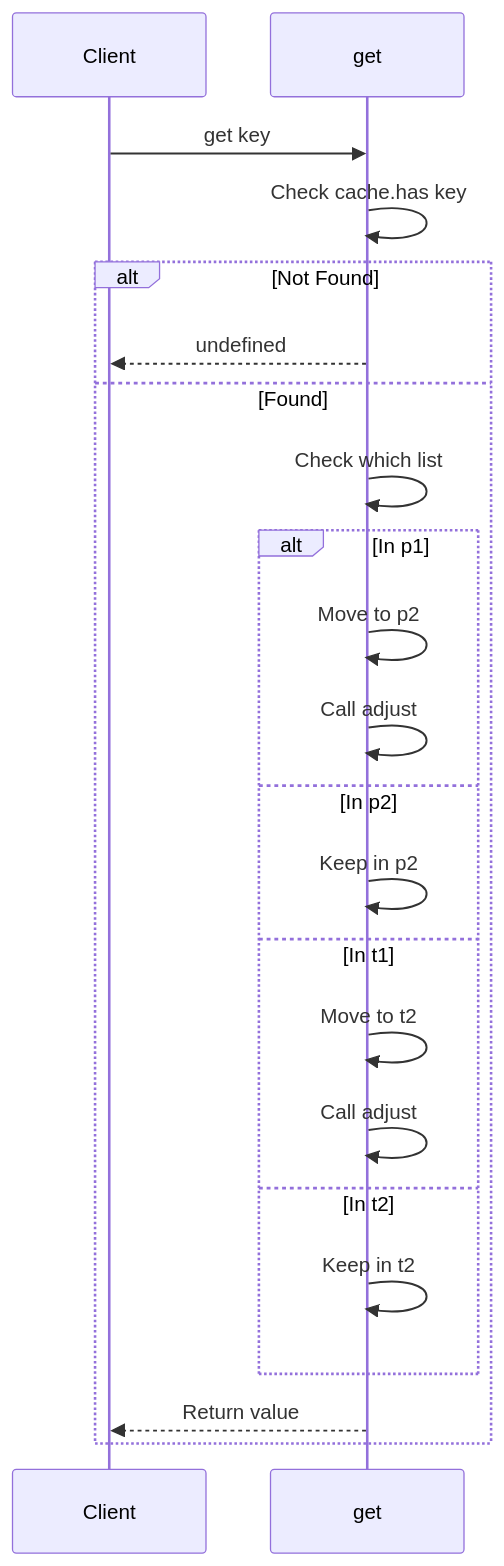
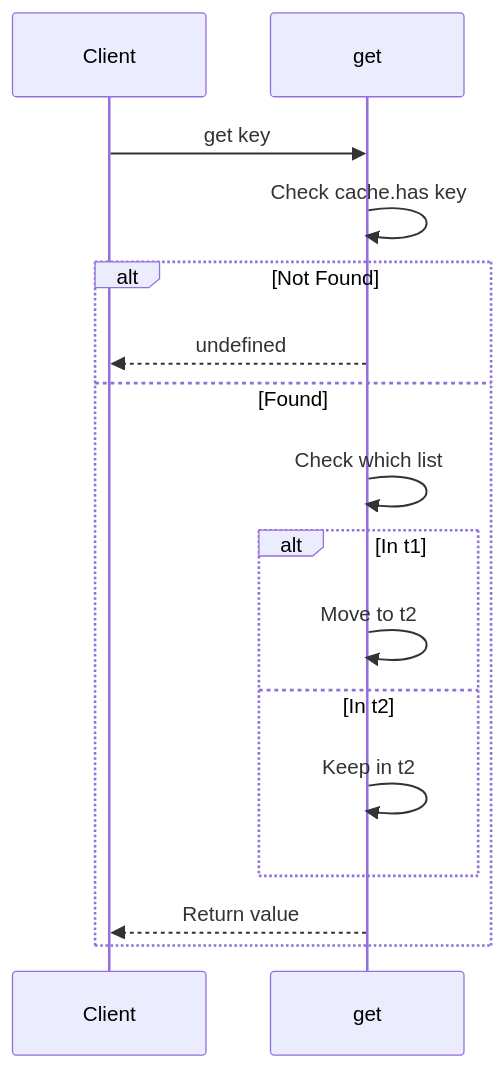
Before and after one commit to avoidwork/adaptive-replacement-cache: the second of 4 diagrams in docs/ARCHITECTURE.md, drawn with Mermaid. The commit also changed other lines of this file, not shown here.

Commit message:
docs: fix architecture documentation to match actual ARC implementation

````diff
--- a/docs/ARCHITECTURE.md
+++ b/docs/ARCHITECTURE.md
@@ -60,25 +83,19 @@
 ```mermaid
 sequenceDiagram
     participant Client
     participant Cache as get
 
     Client->>Cache: get key
     Cache->>Cache: Check cache.has key
     alt Not Found
         Cache-->>Client: undefined
     else Found
         Cache->>Cache: Check which list
-        alt In p1
-            Cache->>Cache: Move to p2
-            Cache->>Cache: Call adjust
-        else In p2
-            Cache->>Cache: Keep in p2
-        else In t1
+        alt In t1
             Cache->>Cache: Move to t2
-            Cache->>Cache: Call adjust
         else In t2
             Cache->>Cache: Keep in t2
         end
         Cache-->>Client: Return value
     end
 ```
````
